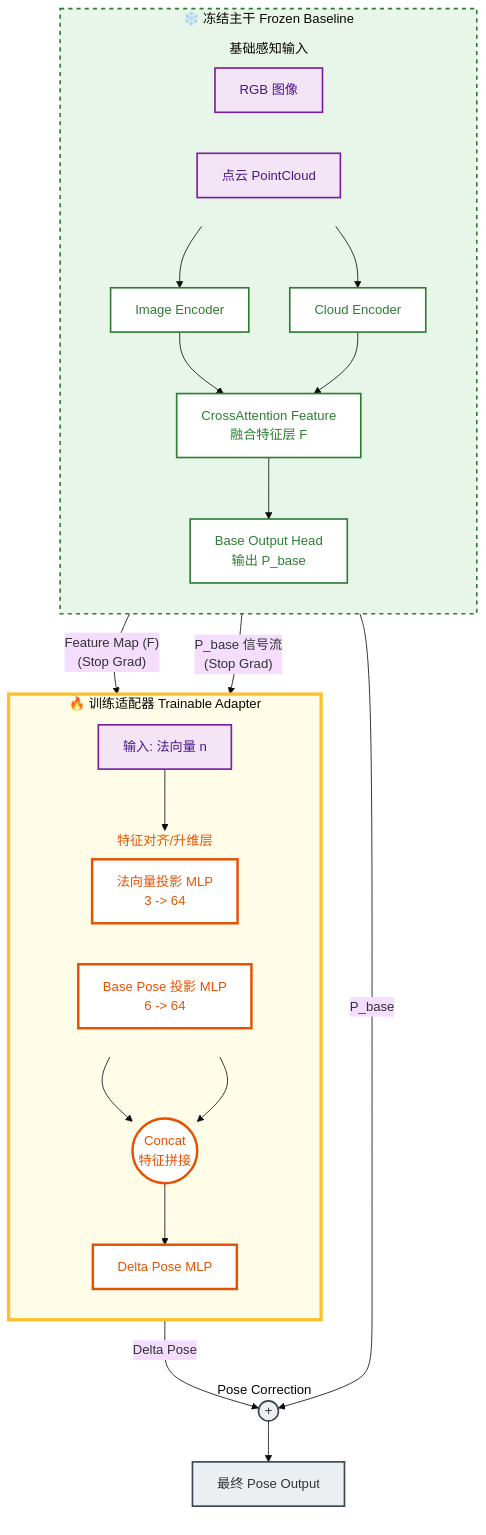
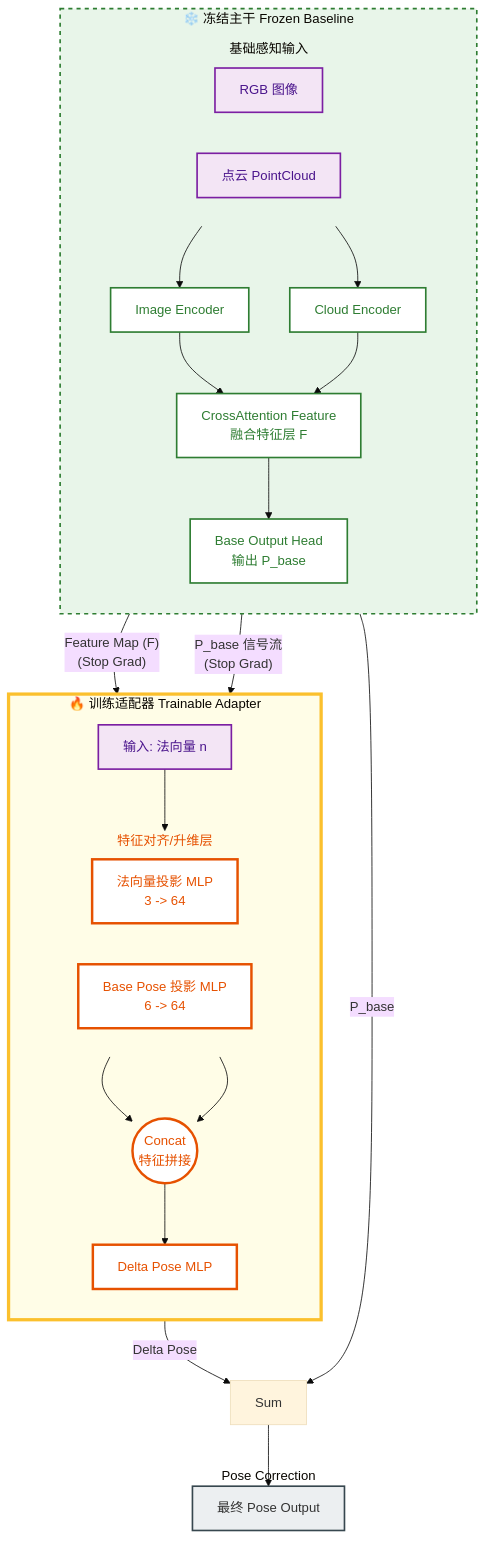
One commit to liuxiangdi/iodraw-files changed the diagram in all/未命名-1.md. Above: the diagram before and after it, drawn with Mermaid (base theme).

Commit message:
2026-01-20 12:15:12 update

```diff
--- a/all/未命名-1.md
+++ b/all/未命名-1.md
@@ -69,7 +69,6 @@
 
     %% ---------------- 底部：输出 ----------------
     subgraph OUTPUT_ZONE [Pose Correction]
-        Sum((+)):::outputNode
         FinalOut[最终 Pose Output]:::outputNode
     end
 
```
